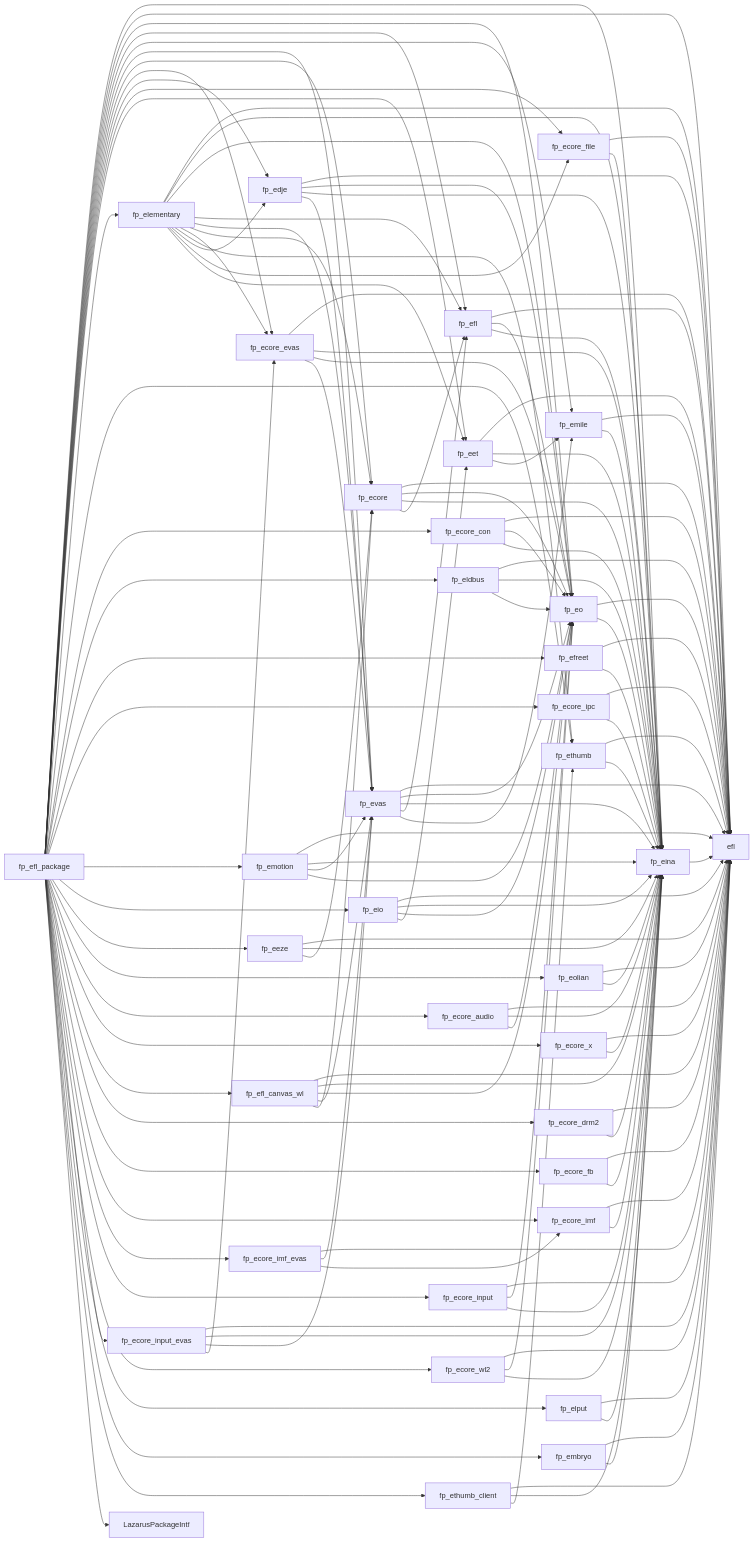
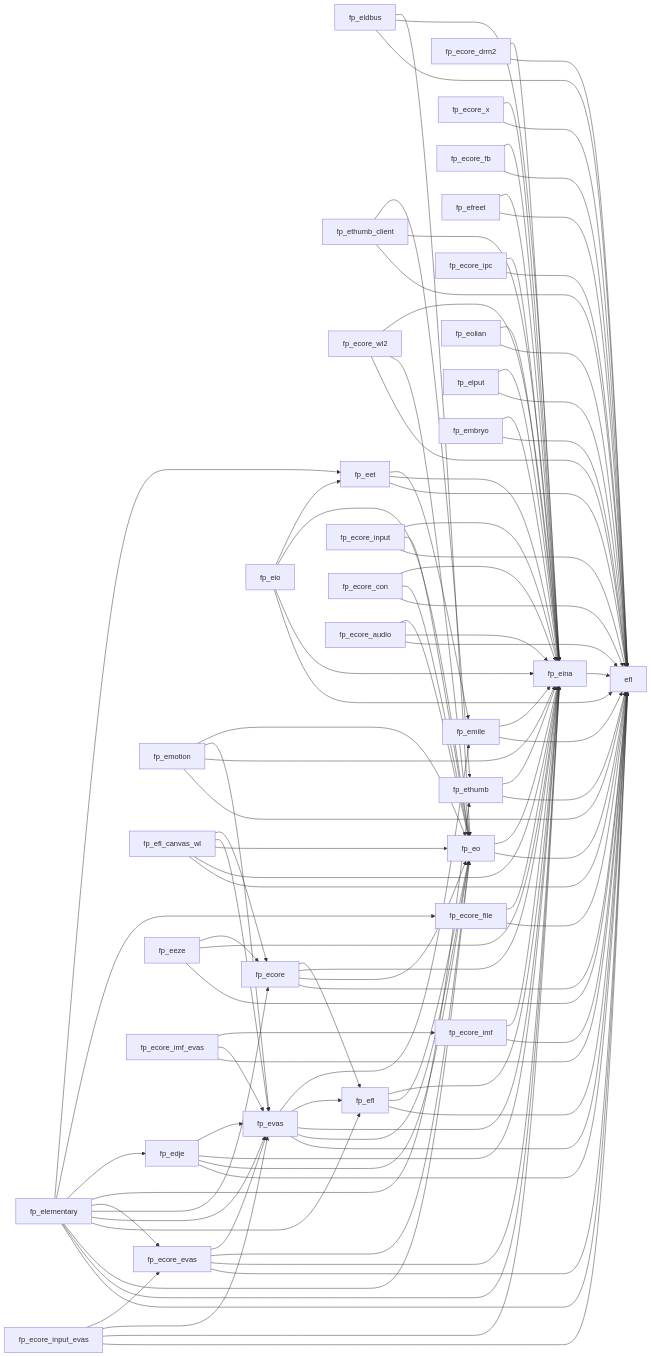
Before and after one commit to sechshelme/Lazarus-GNOME-GTK4-Packages_and_Examples: the diagram in advancedpackages/efl/readme.md, drawn with Mermaid.

```diff
--- a/advancedpackages/efl/readme.md
+++ b/advancedpackages/efl/readme.md
@@ -7,41 +7,6 @@
     fp_eldbus --> fp_eo
     fp_ecore_drm2 --> efl
     fp_ecore_drm2 --> fp_eina
-    fp_efl_package --> fp_eina
-    fp_efl_package --> efl
-    fp_efl_package --> fp_eo
-    fp_efl_package --> fp_efl
-    fp_efl_package --> fp_emile
-    fp_efl_package --> fp_evas
-    fp_efl_package --> fp_ecore
-    fp_efl_package --> fp_ecore_evas
-    fp_efl_package --> fp_edje
-    fp_efl_package --> fp_ecore_file
-    fp_efl_package --> fp_eet
-    fp_efl_package --> fp_elementary
-    fp_efl_package --> fp_ethumb
-    fp_efl_package --> fp_ecore_con
-    fp_efl_package --> fp_eldbus
-    fp_efl_package --> fp_efreet
-    fp_efl_package --> fp_ecore_ipc
-    fp_efl_package --> fp_emotion
-    fp_efl_package --> fp_eio
-    fp_efl_package --> fp_eeze
-    fp_efl_package --> fp_eolian
-    fp_efl_package --> fp_ecore_audio
-    fp_efl_package --> fp_ecore_x
-    fp_efl_package --> fp_efl_canvas_wl
-    fp_efl_package --> fp_ecore_drm2
-    fp_efl_package --> fp_ecore_fb
-    fp_efl_package --> fp_ecore_imf
-    fp_efl_package --> fp_ecore_imf_evas
-    fp_efl_package --> fp_ecore_input
-    fp_efl_package --> fp_ecore_input_evas
-    fp_efl_package --> fp_ecore_wl2
-    fp_efl_package --> fp_elput
-    fp_efl_package --> fp_embryo
-    fp_efl_package --> fp_ethumb_client
-    fp_efl_package --> LazarusPackageIntf
     fp_ethumb_client --> efl
     fp_ethumb_client --> fp_eina
     fp_ethumb_client --> fp_ethumb
```
